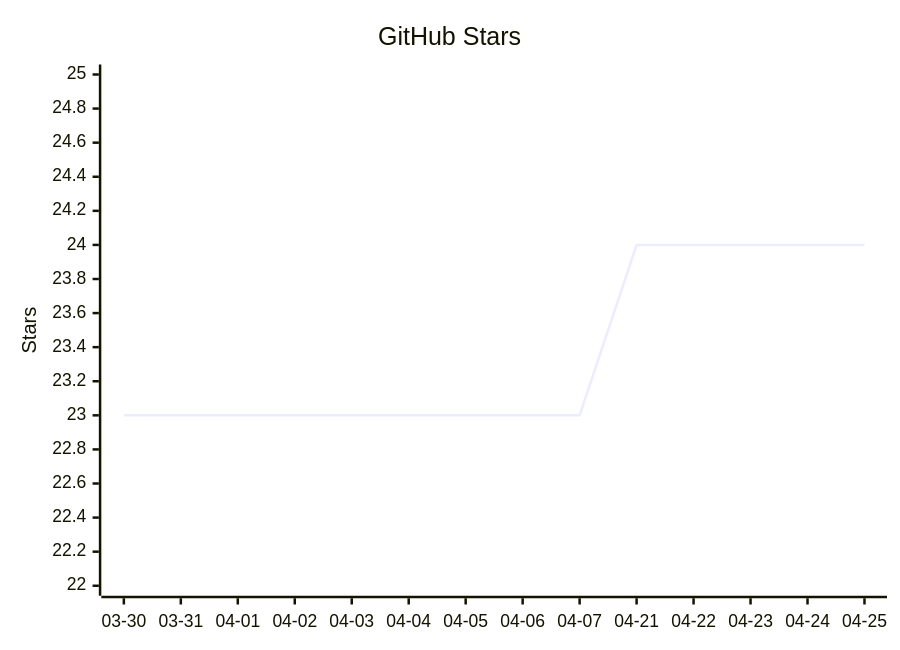
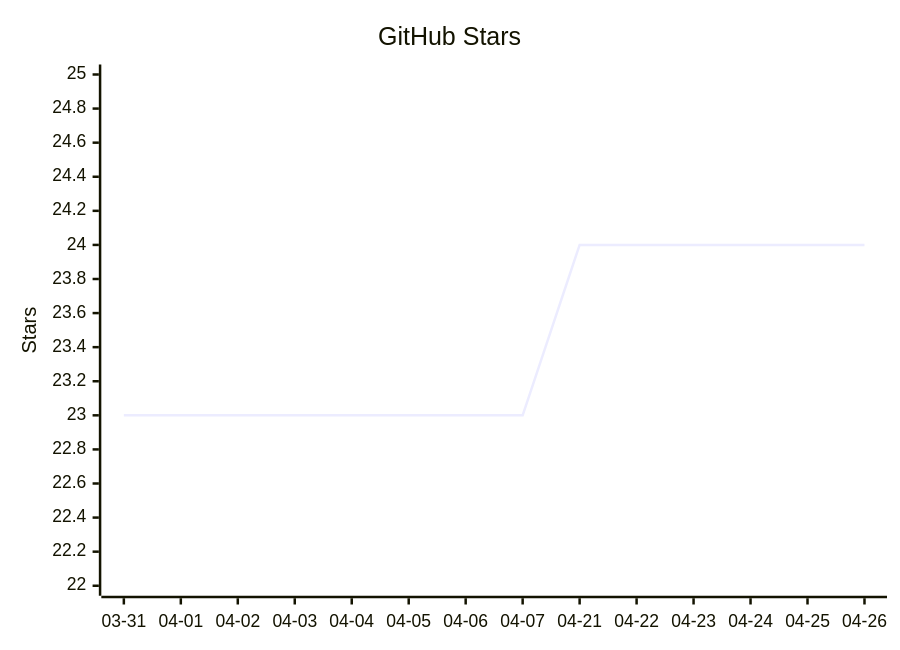
The diagram in README.mbt.md (vectie/moonclaw), drawn with Mermaid before and after one commit. The commit also changed other lines of this file and 1 other file, not shown here.

Commit message:
Update README star growth

````diff
--- a/README.mbt.md
+++ b/README.mbt.md
@@ -489,7 +489,7 @@
 ```mermaid
 xychart-beta
     title "GitHub Stars"
-    x-axis ["03-30","03-31","04-01","04-02","04-03","04-04","04-05","04-06","04-07","04-21","04-22","04-23","04-24","04-25"]
+    x-axis ["03-31","04-01","04-02","04-03","04-04","04-05","04-06","04-07","04-21","04-22","04-23","04-24","04-25","04-26"]
     y-axis "Stars" 22 --> 25
-    line [23,23,23,23,23,23,23,23,23,24,24,24,24,24]
+    line [23,23,23,23,23,23,23,23,24,24,24,24,24,24]
 ```
````
